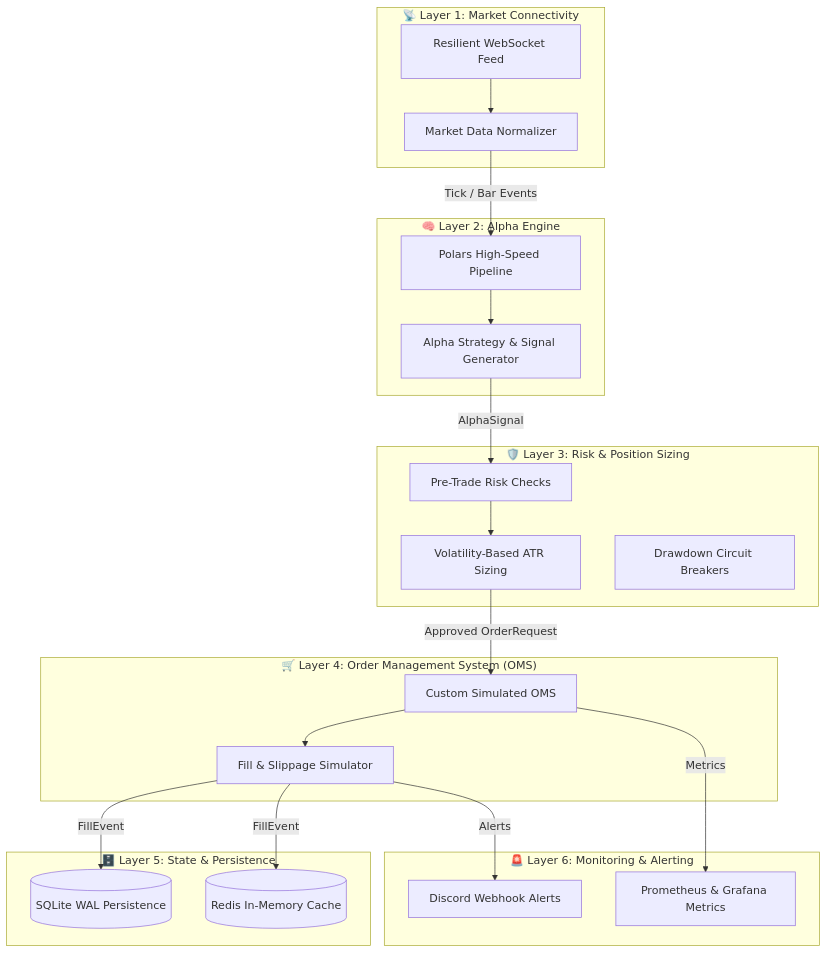
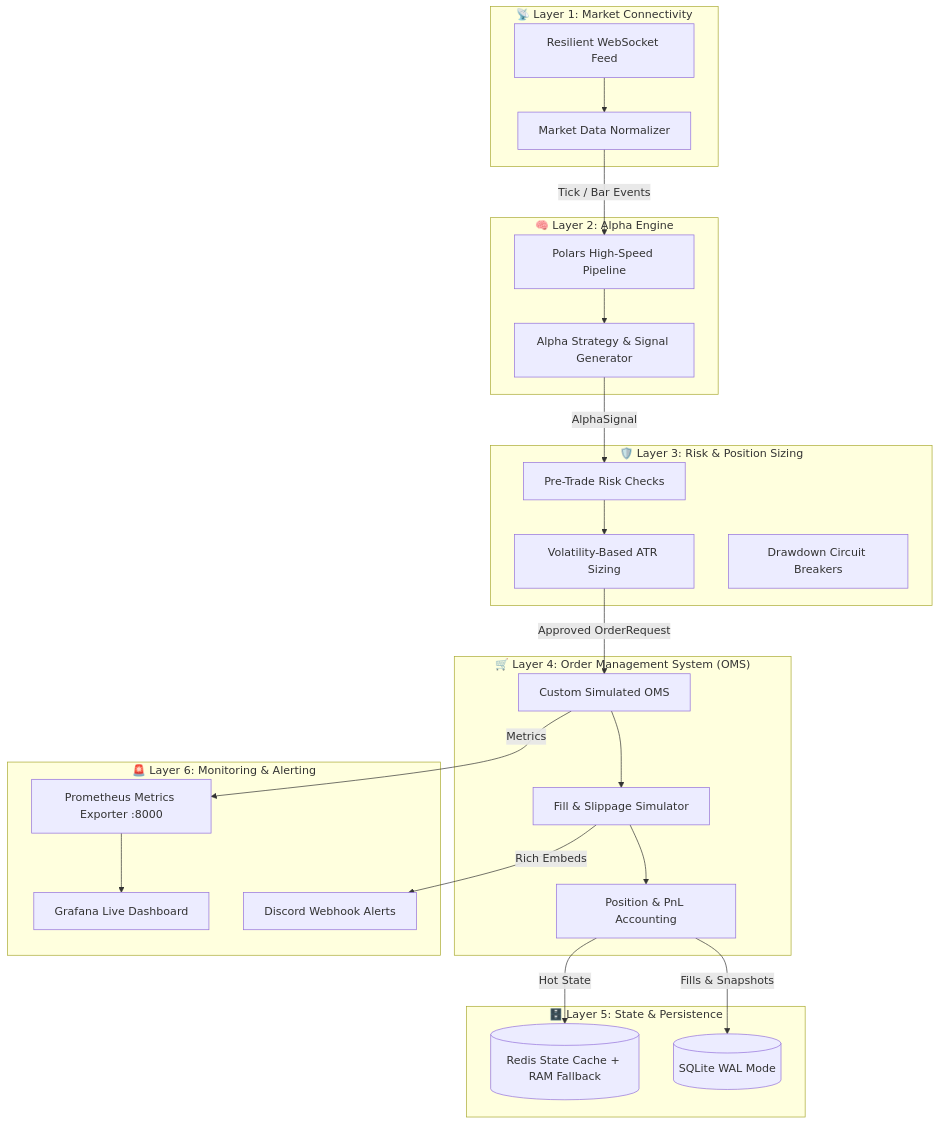
Before and after one commit to NawapatThumthaisong97/MultiQuant: the diagram in README.md, drawn with Mermaid. The commit also changed other lines of this file, not shown here.

Commit message:
docs: finalize complete 6-layer documentation and grafana guide in readme

````diff
--- a/README.md
+++ b/README.md
@@ -14,45 +14,49 @@
 ```mermaid
 graph TD
     subgraph L1 ["📡 Layer 1: Market Connectivity"]
         WS[Resilient WebSocket Feed]
         Parser[Market Data Normalizer]
     end
 
     subgraph L2 ["🧠 Layer 2: Alpha Engine"]
         PolarsPipe[Polars High-Speed Pipeline]
         Signals[Alpha Strategy & Signal Generator]
     end
 
     subgraph L3 ["🛡️ Layer 3: Risk & Position Sizing"]
         RiskManager[Pre-Trade Risk Checks]
         ATRSizer[Volatility-Based ATR Sizing]
         DDGuard[Drawdown Circuit Breakers]
     end
 
     subgraph L4 ["🛒 Layer 4: Order Management System (OMS)"]
         OMSEngine[Custom Simulated OMS]
         SlippageModel[Fill & Slippage Simulator]
+        Tracker[Position & PnL Accounting]
     end
 
     subgraph L5 ["🗄️ Layer 5: State & Persistence"]
-        SQLiteDB[(SQLite WAL Persistence)]
-        RedisCache[(Redis In-Memory Cache)]
+        SQLiteDB[(SQLite WAL Mode)]
+        RedisCache[(Redis State Cache + RAM Fallback)]
     end
 
     subgraph L6 ["🚨 Layer 6: Monitoring & Alerting"]
         Discord[Discord Webhook Alerts]
-        Grafana[Prometheus & Grafana Metrics]
+        Prometheus[Prometheus Metrics Exporter :8000]
+        Grafana[Grafana Live Dashboard]
     end
 
     WS --> Parser
     Parser -->|Tick / Bar Events| PolarsPipe
     PolarsPipe --> Signals
     Signals -->|AlphaSignal| RiskManager
     RiskManager --> ATRSizer
     ATRSizer -->|Approved OrderRequest| OMSEngine
     OMSEngine --> SlippageModel
-    SlippageModel -->|FillEvent| SQLiteDB
-    SlippageModel -->|FillEvent| RedisCache
-    SlippageModel -->|Alerts| Discord
-    OMSEngine -->|Metrics| Grafana
+    SlippageModel --> Tracker
+    Tracker -->|Fills & Snapshots| SQLiteDB
+    Tracker -->|Hot State| RedisCache
+    SlippageModel -->|Rich Embeds| Discord
+    OMSEngine -->|Metrics| Prometheus
+    Prometheus --> Grafana
 ```
````
